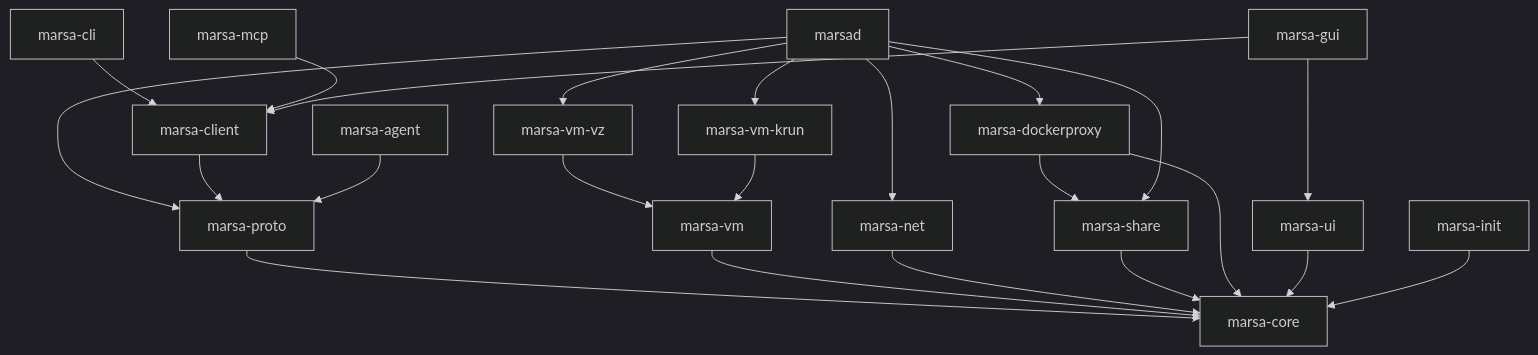
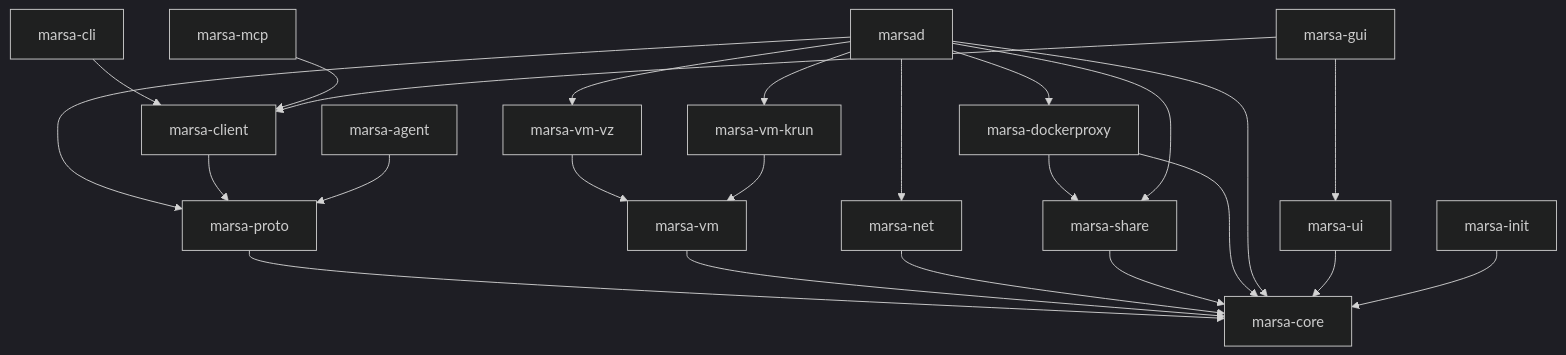
One commit to nasraldin/marsa changed the fifth of 5 diagrams in docs/02-architecture-overview.md. Above: the diagram before and after it, drawn with Mermaid (dark theme). The commit also changed 10 other files, not shown here.

````diff
--- a/docs/02-architecture-overview.md
+++ b/docs/02-architecture-overview.md
@@ -208,42 +208,43 @@
 ```mermaid
 flowchart TD
     core["marsa-core"]
     proto["marsa-proto"]
     vm["marsa-vm"]
     vz["marsa-vm-vz"]
     krun["marsa-vm-krun"]
     net["marsa-net"]
     share["marsa-share"]
     dproxy["marsa-dockerproxy"]
     d["marsad"]
     client["marsa-client"]
     cli["marsa-cli"]
     mcp["marsa-mcp"]
     ui["marsa-ui"]
     gui["marsa-gui"]
     agent["marsa-agent"]
     init["marsa-init"]
 
     proto --> core
     vm --> core
     vz --> vm
     krun --> vm
     net --> core
     share --> core
     dproxy --> core
     dproxy --> share
     d --> vz
     d --> krun
     d --> net
     d --> share
     d --> dproxy
     d --> proto
+    d --> core
     client --> proto
     cli --> client
     mcp --> client
     gui --> client
     gui --> ui
     ui --> core
     agent --> proto
     init --> core
 ```
````
